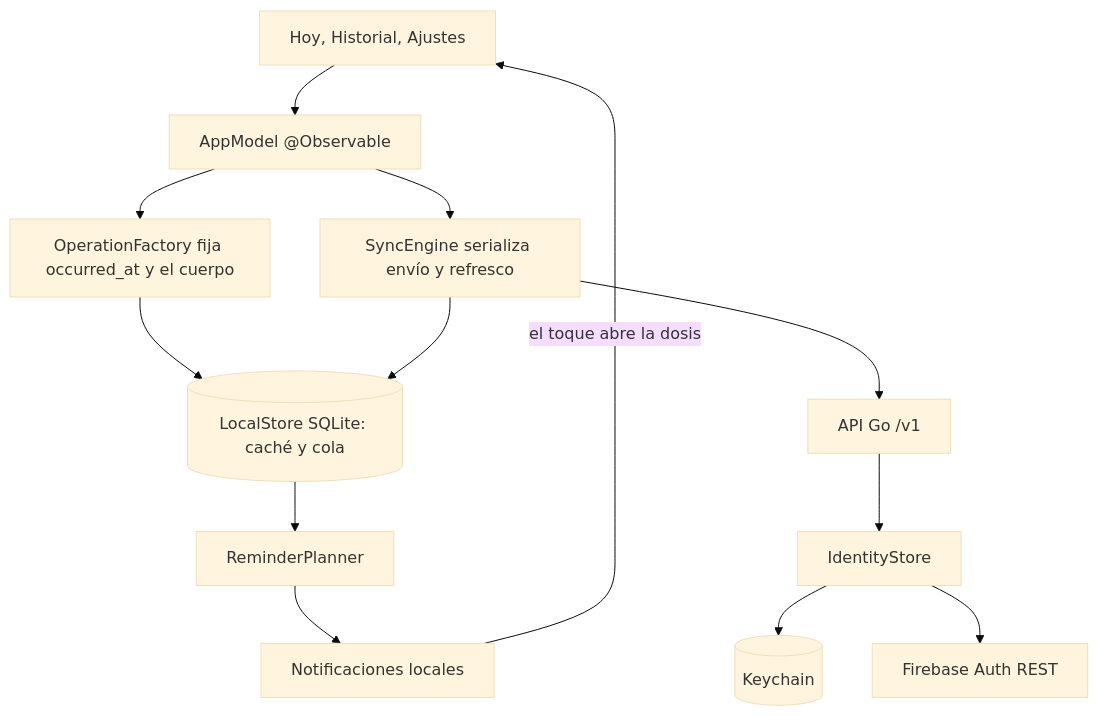
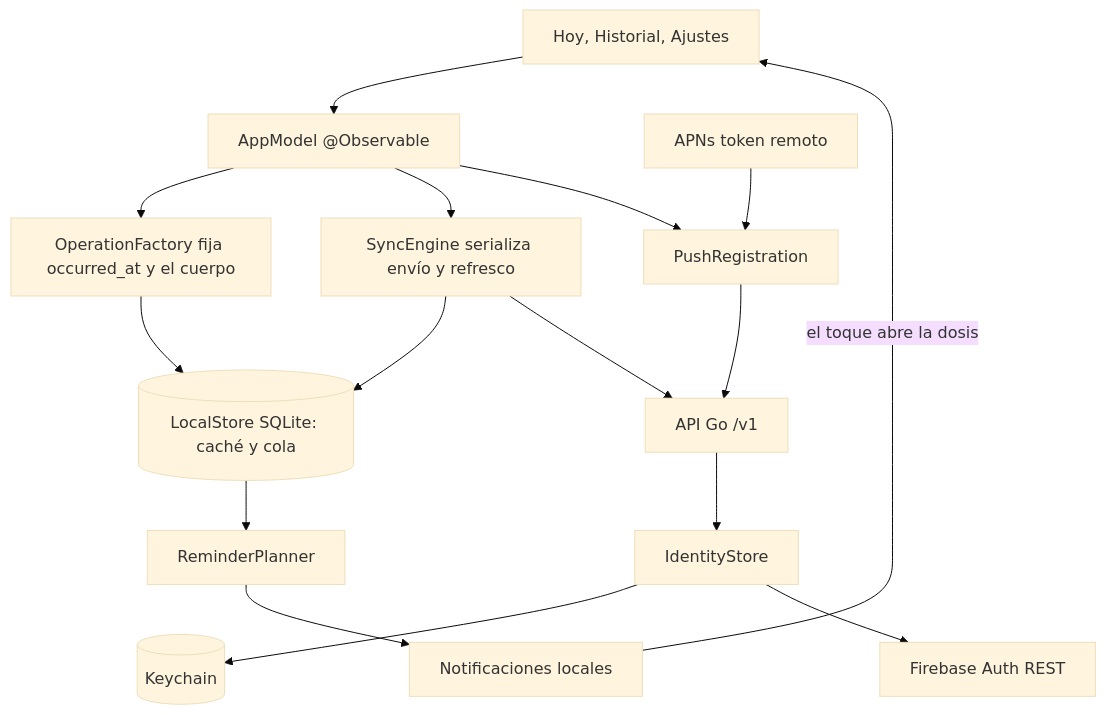
One commit to Nandem1/nndsk-medication-tracker changed the first of 2 diagrams in apps/ios/docs/00-home.md. Above: the diagram before and after it, drawn with Mermaid (base theme). The commit also changed other lines of this file and 61 other files, not shown here.

````diff
--- a/apps/ios/docs/00-home.md
+++ b/apps/ios/docs/00-home.md
@@ -5,15 +5,18 @@
 ```mermaid
 flowchart TB
     UI[Hoy, Historial, Ajustes] --> Model[AppModel @Observable]
     Model --> Factory[OperationFactory fija occurred_at y el cuerpo]
     Factory --> Store[(LocalStore SQLite: caché y cola)]
     Model --> Sync[SyncEngine serializa envío y refresco]
     Sync --> Store
     Sync --> API[API Go /v1]
     API --> Tokens[IdentityStore]
     Tokens --> Keychain[(Keychain)]
     Tokens --> Firebase[Firebase Auth REST]
     Store --> Planner[ReminderPlanner]
     Planner --> Notifications[Notificaciones locales]
     Notifications -->|el toque abre la dosis| UI
+    APNs[APNs token remoto] --> Push[PushRegistration]
+    Model --> Push
+    Push --> API
 ```
````
